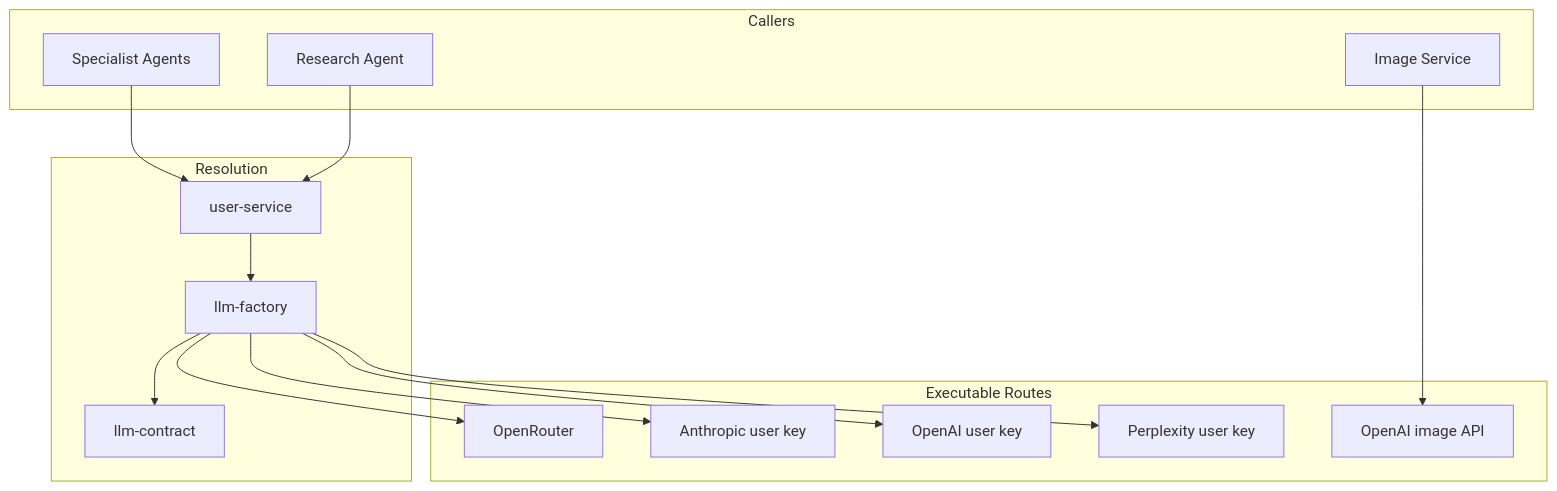
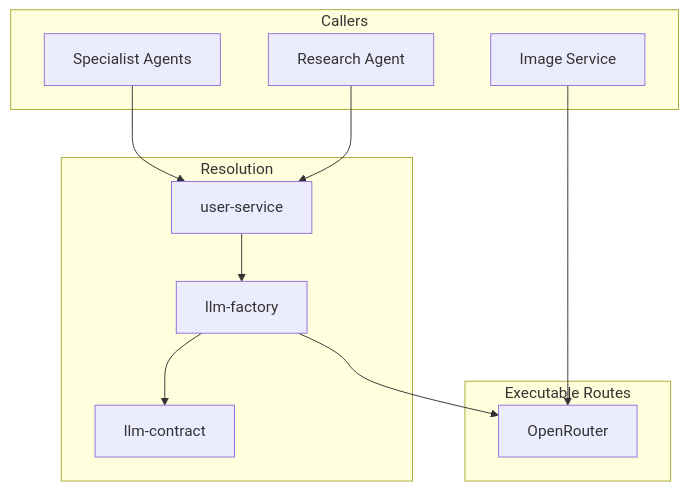
Before and after one commit to pbuchman/intexuraos: the first of 2 diagrams in docs/architecture/ai-architecture.md, drawn with Mermaid. The commit also changed other lines of this file and 212 other files, not shown here.

Commit message:
feat: route AI access through OpenRouter

````diff
--- a/docs/architecture/ai-architecture.md
+++ b/docs/architecture/ai-architecture.md
@@ -18,32 +18,25 @@
 ```mermaid
 graph TB
     subgraph "Callers"
         Agents[Specialist Agents]
         Research[Research Agent]
         Images[Image Service]
     end
 
     subgraph "Resolution"
         UserService[user-service]
         Factory[llm-factory]
         Contract[llm-contract]
     end
 
     subgraph "Executable Routes"
         OpenRouter[OpenRouter]
-        Anthropic[Anthropic user key]
-        OpenAI[OpenAI user key]
-        Perplexity[Perplexity user key]
-        OpenAIImage[OpenAI image API]
     end
 
     Agents --> UserService
     Research --> UserService
     UserService --> Factory
     Factory --> Contract
     Factory --> OpenRouter
-    Factory --> Anthropic
-    Factory --> OpenAI
-    Factory --> Perplexity
-    Images --> OpenAIImage
+    Images --> OpenRouter
 ```
````
